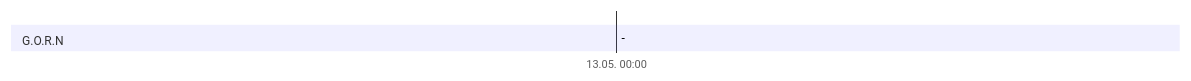
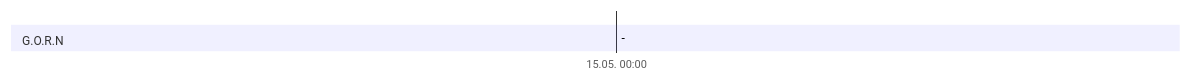
One commit to LorenJaffrey/DnD_PFT changed diagram 22 of 29 in Kampagne/Timeline Kampagne 2.md. Above: the diagram before and after it, drawn with Mermaid. The commit also changed other lines of this file, not shown here.

````diff
--- a/Kampagne/Timeline Kampagne 2.md
+++ b/Kampagne/Timeline Kampagne 2.md
@@ -382,10 +382,10 @@
 ```mermaid
 gantt
 	dateFormat HH:mm
 	axisFormat %e.%m. %H:%M
 	tickinterval 1hour
 	weekday monday
 	section G.O.R.N
-		-: a1, 2024-05-13 00:00, 0h
+		-: a1, 2024-05-15 00:00, 0h
 		
 ```
````
